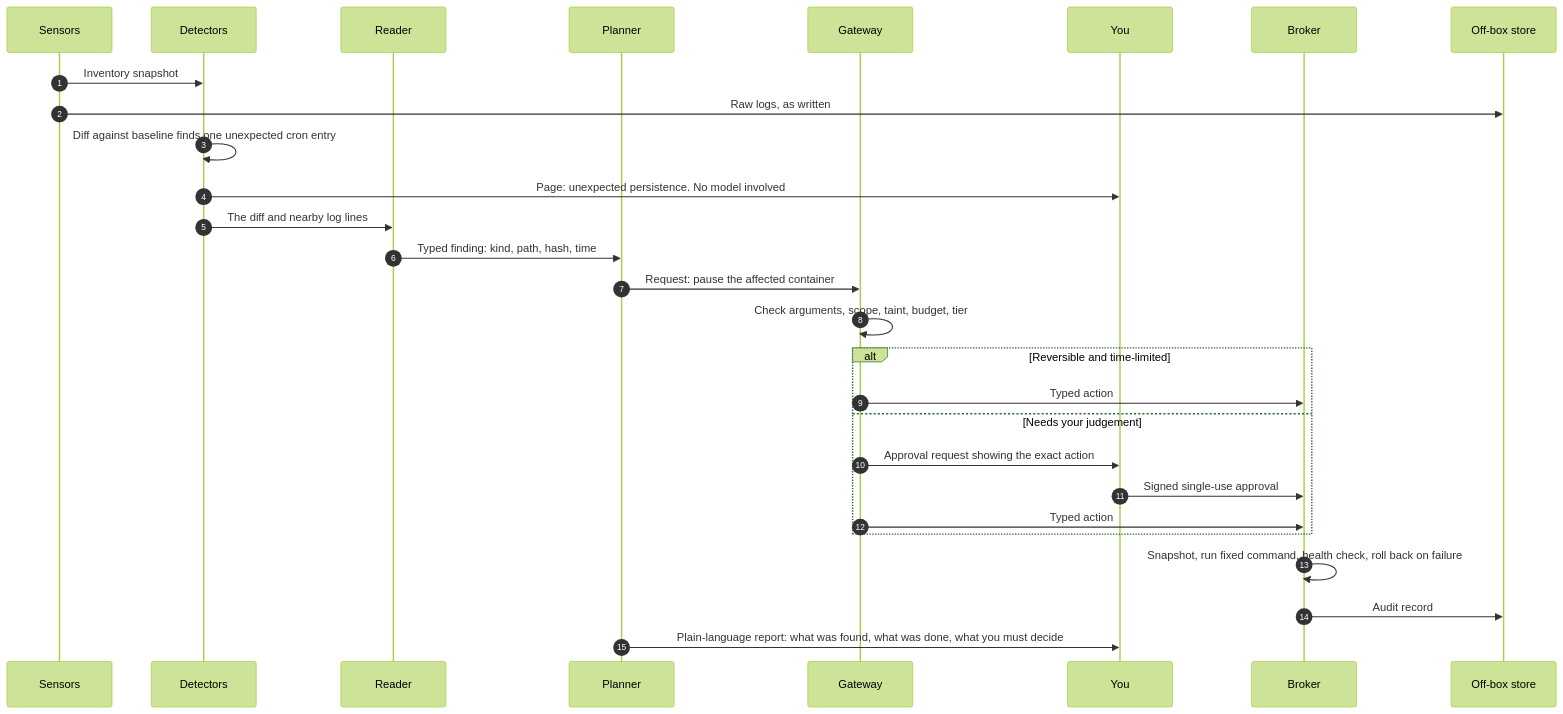
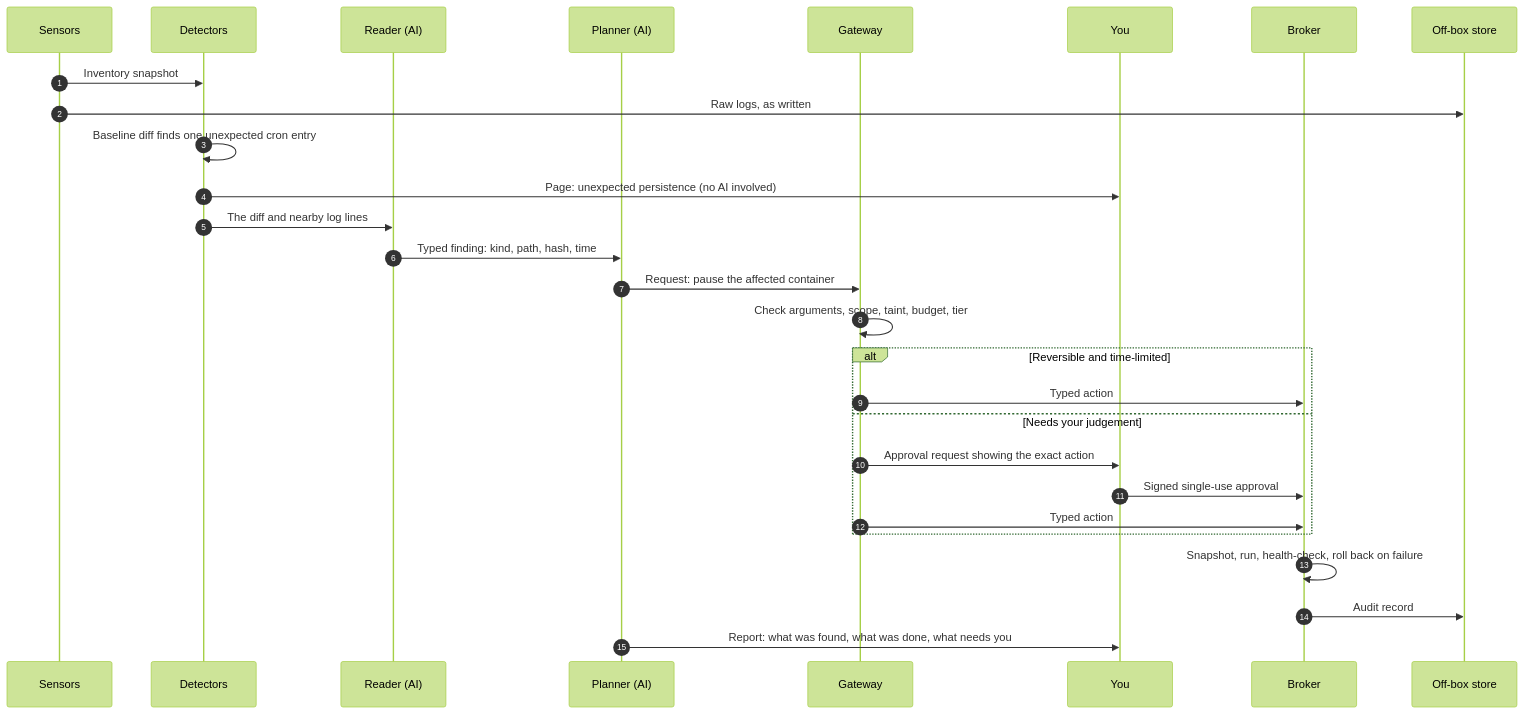
Before and after one commit to Thunderk3g/Arbor: the second of 4 diagrams in README.md, drawn with Mermaid (forest theme). The commit also changed other lines of this file, not shown here.

````diff
--- a/README.md
+++ b/README.md
@@ -143,31 +168,31 @@
 ```mermaid
 sequenceDiagram
     autonumber
     participant S as Sensors
     participant D as Detectors
-    participant R as Reader
-    participant P as Planner
+    participant R as Reader (AI)
+    participant P as Planner (AI)
     participant G as Gateway
     participant Y as You
     participant B as Broker
     participant O as Off-box store
 
     S->>D: Inventory snapshot
     S->>O: Raw logs, as written
-    D->>D: Diff against baseline finds one unexpected cron entry
-    D->>Y: Page: unexpected persistence. No model involved
+    D->>D: Baseline diff finds one unexpected cron entry
+    D->>Y: Page: unexpected persistence (no AI involved)
     D->>R: The diff and nearby log lines
     R->>P: Typed finding: kind, path, hash, time
     P->>G: Request: pause the affected container
     G->>G: Check arguments, scope, taint, budget, tier
     alt Reversible and time-limited
         G->>B: Typed action
     else Needs your judgement
         G->>Y: Approval request showing the exact action
         Y->>B: Signed single-use approval
         G->>B: Typed action
     end
-    B->>B: Snapshot, run fixed command, health check, roll back on failure
+    B->>B: Snapshot, run, health-check, roll back on failure
     B->>O: Audit record
-    P->>Y: Plain-language report: what was found, what was done, what you must decide
+    P->>Y: Report: what was found, what was done, what needs you
 ```
````
